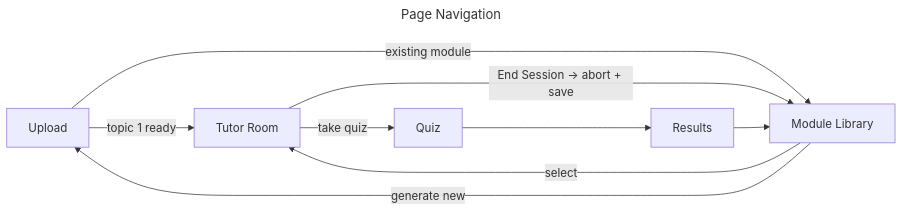
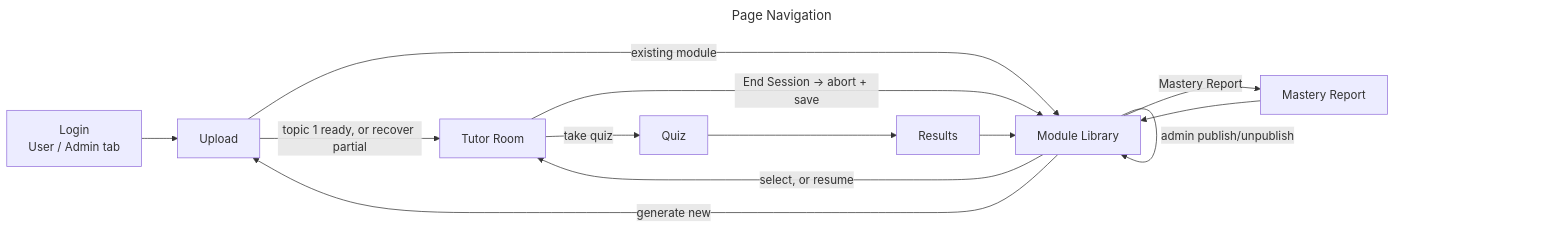
Before and after one commit to bijesh-p/deepl-ai-tutor: the eighth of 10 diagrams in ARCHITECTURE.md, drawn with Mermaid. The commit also changed other lines of this file, not shown here.

First line of the commit message:
Sync ARCHITECTURE.md with current SPEC.md and codebase

````diff
--- a/ARCHITECTURE.md
+++ b/ARCHITECTURE.md
@@ -580,14 +630,18 @@
 ```mermaid
 ---
 title: Page Navigation
 ---
 flowchart LR
-    UPLOAD[Upload] -->|topic 1 ready| TUTOR[Tutor Room]
+    LOGIN[Login\nUser / Admin tab] --> UPLOAD[Upload]
+    UPLOAD -->|topic 1 ready, or recover partial| TUTOR[Tutor Room]
     UPLOAD -->|existing module| LIB[Module Library]
-    LIB -->|select| TUTOR
+    LIB -->|select, or resume| TUTOR
     LIB -->|generate new| UPLOAD
+    LIB -->|Mastery Report| MR[Mastery Report]
+    LIB -->|admin publish/unpublish| LIB
+    MR --> LIB
     TUTOR -->|End Session → abort + save| LIB
     TUTOR -->|take quiz| QUIZ[Quiz]
     QUIZ --> RESULTS[Results]
     RESULTS --> LIB
 ```
````
